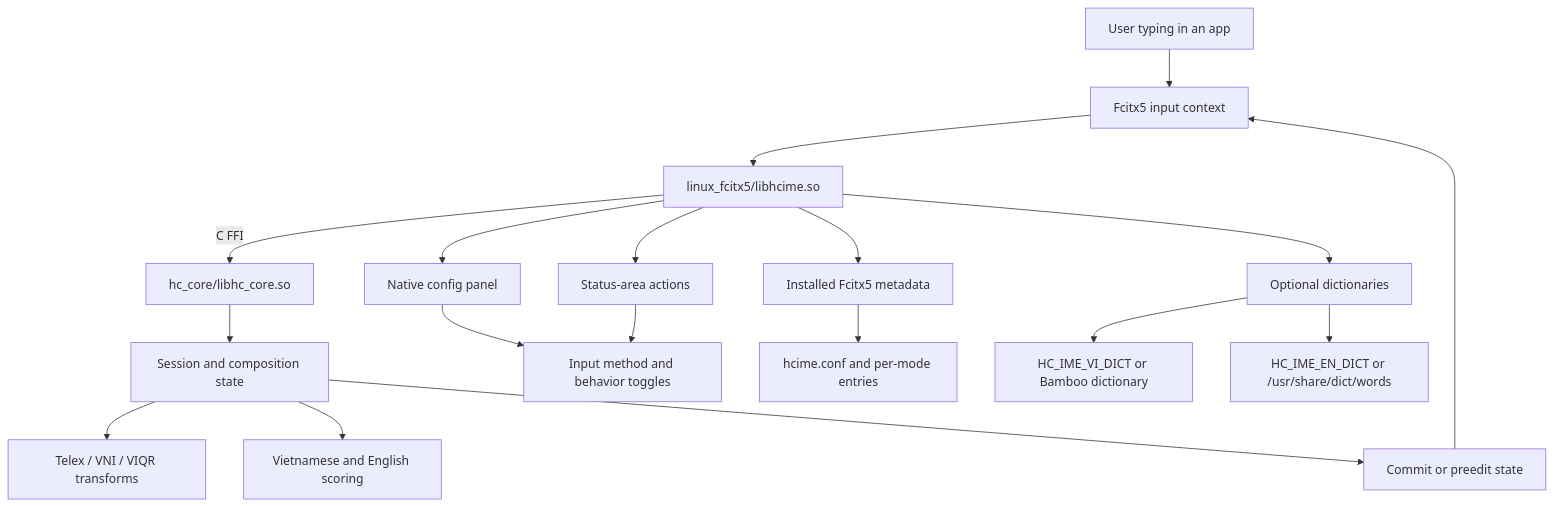
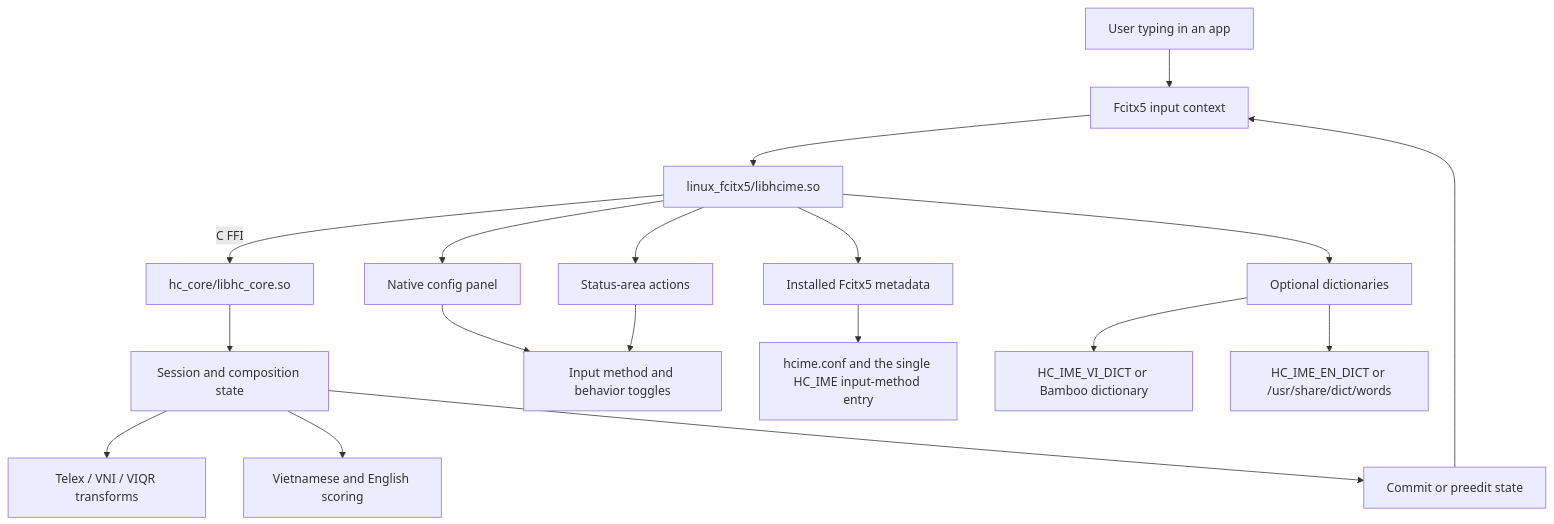
One commit to jakessteve/HC_IME changed the diagram in README.md. Above: the diagram before and after it, drawn with Mermaid. The commit also changed other lines of this file and 9 other files, not shown here.

Commit message:
Refactor HC_IME to consolidate input methods into a single configurable entry and update related documentation and tests

````diff
--- a/README.md
+++ b/README.md
@@ -22,22 +22,22 @@
 ```mermaid
 graph TD
     U[User typing in an app] --> F[Fcitx5 input context]
     F --> E[linux_fcitx5/libhcime.so]
     E -->|C FFI| R[hc_core/libhc_core.so]
     R --> S[Session and composition state]
     S --> T[Telex / VNI / VIQR transforms]
     S --> L[Vietnamese and English scoring]
     S --> C[Commit or preedit state]
     C --> F
 
     E --> G[Native config panel]
     G --> M[Input method and behavior toggles]
     E --> P[Status-area actions]
     P --> M
 
     E --> I[Installed Fcitx5 metadata]
-    I --> J[hcime.conf and per-mode entries]
+    I --> J[hcime.conf and the single HC_IME input-method entry]
     E --> D[Optional dictionaries]
     D --> DV[HC_IME_VI_DICT or Bamboo dictionary]
     D --> DE[HC_IME_EN_DICT or /usr/share/dict/words]
 ```
````
